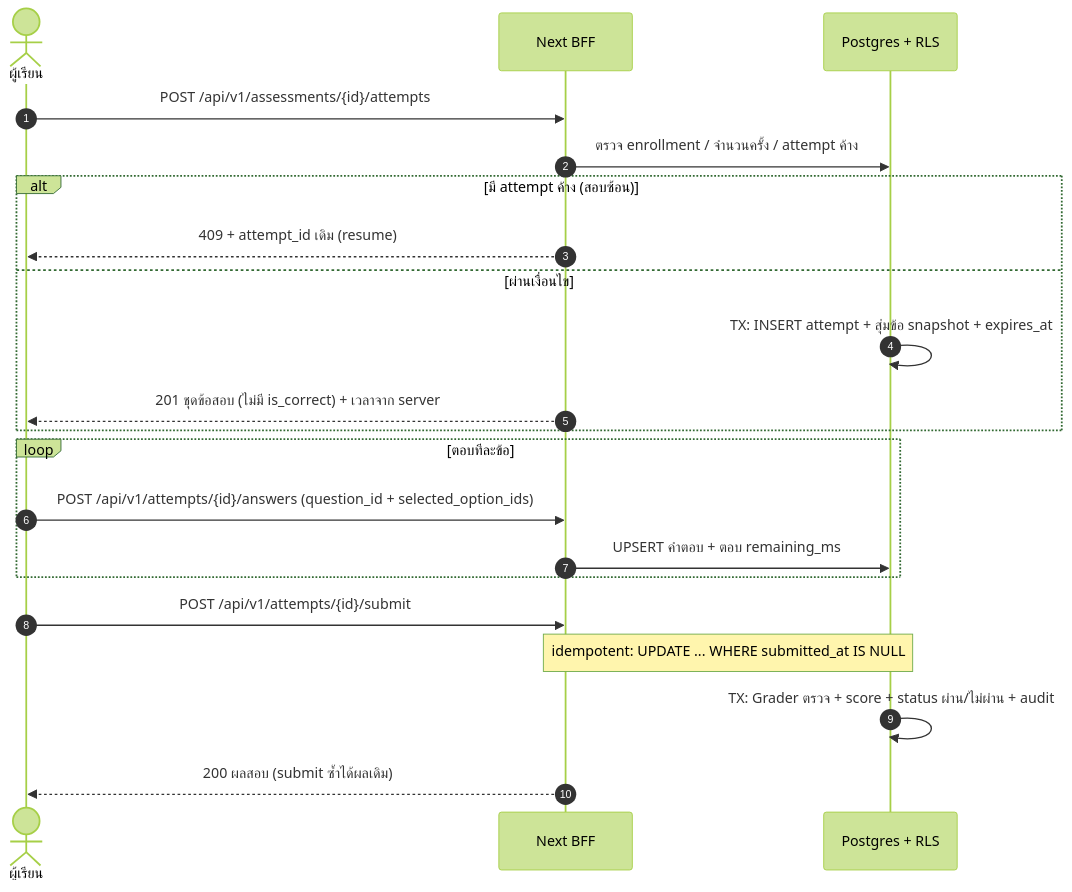
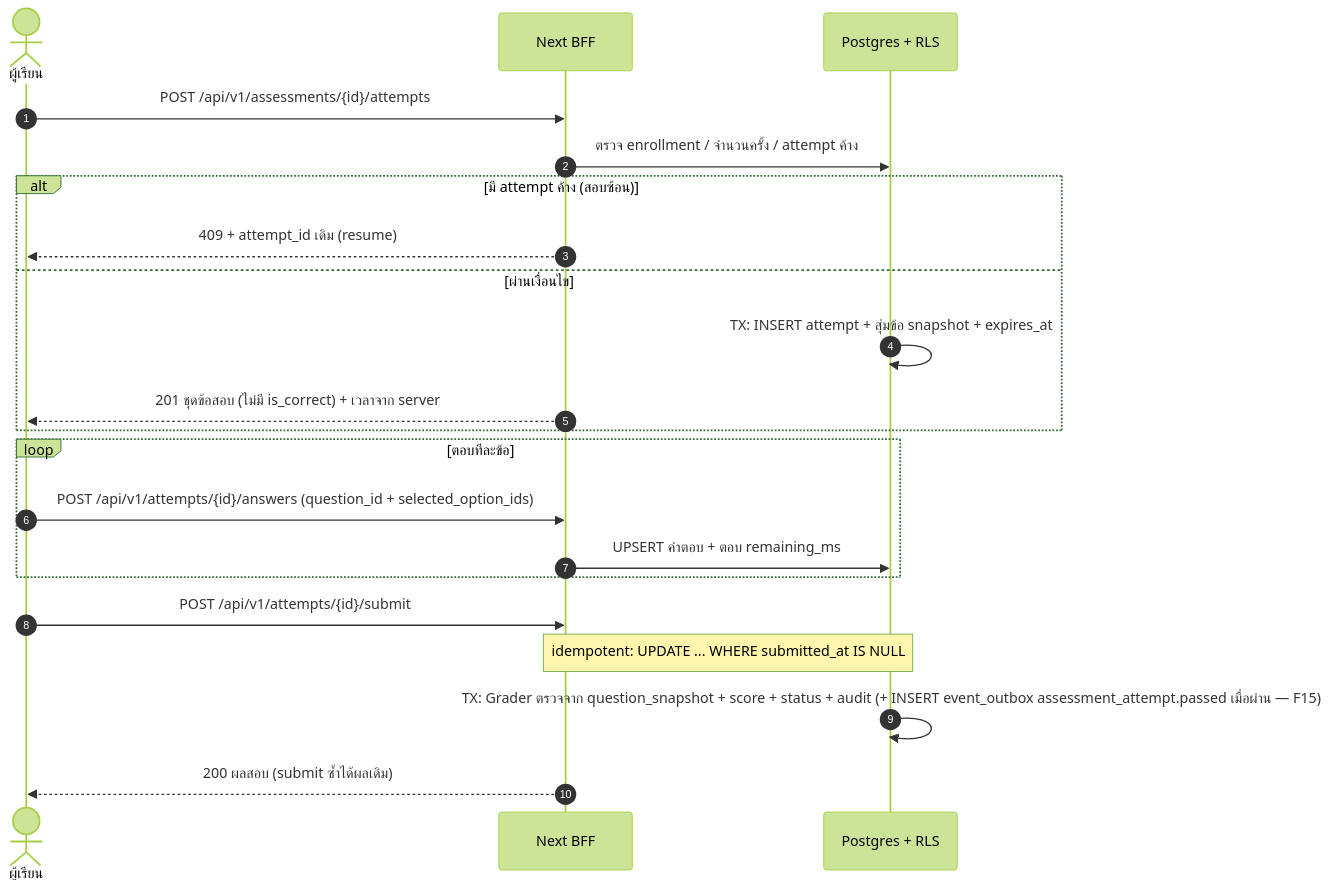
Before and after one commit to narongsak-sukma/E-Leaning-LTC: the third of 6 diagrams in docs/03-design/SDS.md, drawn with Mermaid (forest theme). The commit also changed other lines of this file and 6 other files, not shown here.

````diff
--- a/docs/03-design/SDS.md
+++ b/docs/03-design/SDS.md
@@ -217,23 +222,23 @@
 ```mermaid
 sequenceDiagram
     autonumber
     actor U as ผู้เรียน
     participant BFF as Next BFF
     participant DB as Postgres + RLS
     U->>BFF: POST /api/v1/assessments/{id}/attempts
     BFF->>DB: ตรวจ enrollment / จำนวนครั้ง / attempt ค้าง
     alt มี attempt ค้าง (สอบซ้อน)
         BFF-->>U: 409 + attempt_id เดิม (resume)
     else ผ่านเงื่อนไข
         DB->>DB: TX: INSERT attempt + สุ่มข้อ snapshot + expires_at
         BFF-->>U: 201 ชุดข้อสอบ (ไม่มี is_correct) + เวลาจาก server
     end
     loop ตอบทีละข้อ
         U->>BFF: POST /api/v1/attempts/{id}/answers (question_id + selected_option_ids)
         BFF->>DB: UPSERT คำตอบ + ตอบ remaining_ms
     end
     U->>BFF: POST /api/v1/attempts/{id}/submit
     Note over BFF,DB: idempotent: UPDATE ... WHERE submitted_at IS NULL
-    DB->>DB: TX: Grader ตรวจ + score + status ผ่าน/ไม่ผ่าน + audit
+    DB->>DB: TX: Grader ตรวจจาก question_snapshot + score + status + audit (+ INSERT event_outbox assessment_attempt.passed เมื่อผ่าน — F15)
     BFF-->>U: 200 ผลสอบ (submit ซ้ำได้ผลเดิม)
 ```
````
